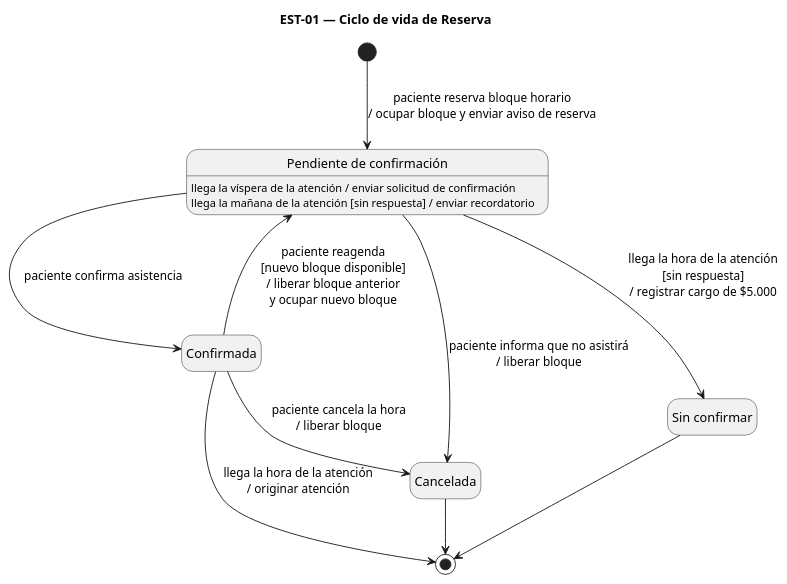
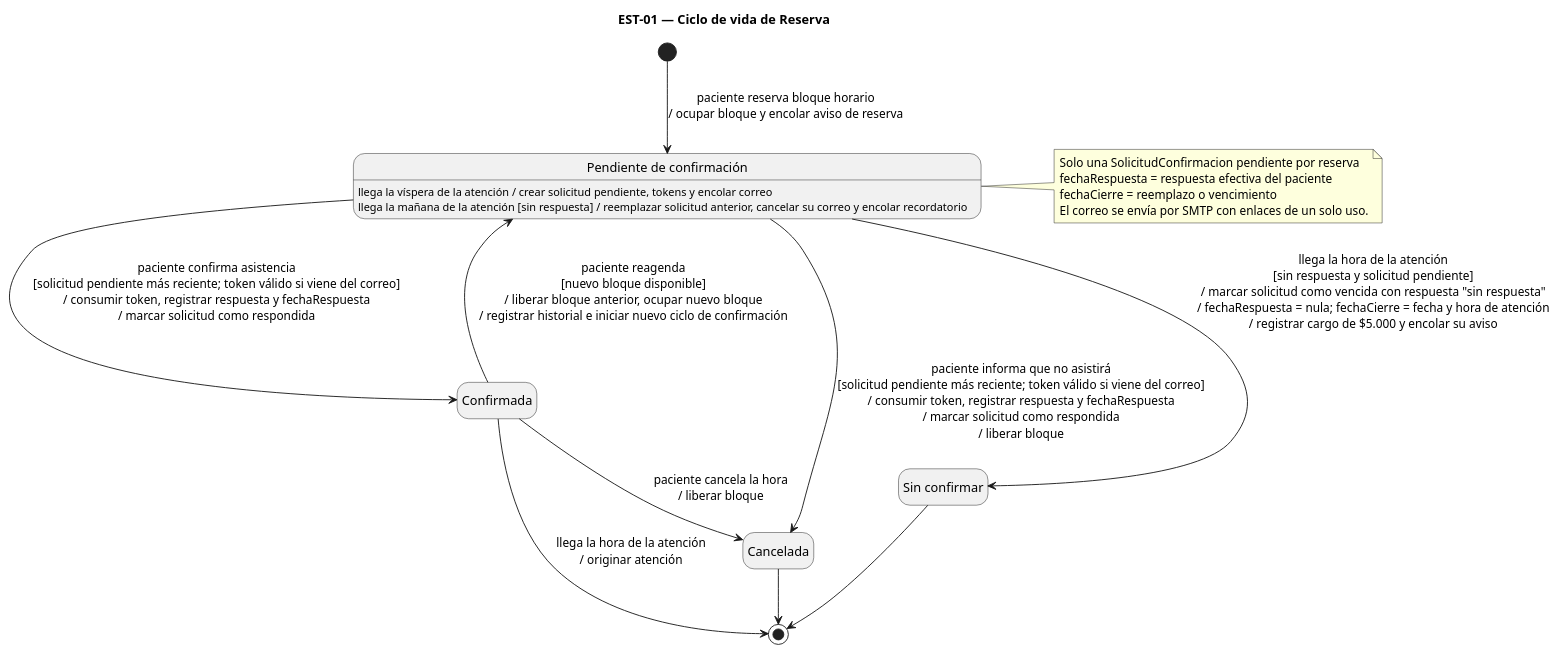
The diagram in diagramas/est-01.puml (gestion-consulta-psicologica/ingenieria-requisitos), drawn with PlantUML before and after one commit. The commit also changed 119 other files, not shown here.

```diff
--- a/diagramas/est-01.puml
+++ b/diagramas/est-01.puml
@@ -1,26 +1,28 @@
 @startuml est-01
 ' EST-01 — Ciclo de vida de Reserva
 skinparam shadowing false
 skinparam nodesep 80
 skinparam ranksep 60
 hide empty description
 title EST-01 — Ciclo de vida de Reserva
 
 state "Pendiente de confirmación" as PEN
 state "Confirmada" as CON
 state "Sin confirmar" as SIN
 state "Cancelada" as CAN
 
-PEN : llega la víspera de la atención / enviar solicitud de confirmación
-PEN : llega la mañana de la atención [sin respuesta] / enviar recordatorio
+PEN : llega la víspera de la atención / crear solicitud pendiente, tokens y encolar correo
+PEN : llega la mañana de la atención [sin respuesta] / reemplazar solicitud anterior, cancelar su correo y encolar recordatorio
 
-[*] --> PEN : paciente reserva bloque horario\n/ ocupar bloque y enviar aviso de reserva
-PEN --> CON : paciente confirma asistencia
-PEN --> CAN : paciente informa que no asistirá\n/ liberar bloque
-PEN --> SIN : llega la hora de la atención\n[sin respuesta]\n/ registrar cargo de $5.000
+note right of PEN : Solo una SolicitudConfirmacion pendiente por reserva\nfechaRespuesta = respuesta efectiva del paciente\nfechaCierre = reemplazo o vencimiento\nEl correo se envía por SMTP con enlaces de un solo uso.
+
+[*] --> PEN : paciente reserva bloque horario\n/ ocupar bloque y encolar aviso de reserva
+PEN --> CON : paciente confirma asistencia\n[solicitud pendiente más reciente; token válido si viene del correo]\n/ consumir token, registrar respuesta y fechaRespuesta\n/ marcar solicitud como respondida
+PEN --> CAN : paciente informa que no asistirá\n[solicitud pendiente más reciente; token válido si viene del correo]\n/ consumir token, registrar respuesta y fechaRespuesta\n/ marcar solicitud como respondida\n/ liberar bloque
+PEN --> SIN : llega la hora de la atención\n[sin respuesta y solicitud pendiente]\n/ marcar solicitud como vencida con respuesta "sin respuesta"\n/ fechaRespuesta = nula; fechaCierre = fecha y hora de atención\n/ registrar cargo de $5.000 y encolar su aviso
 CON --> CAN : paciente cancela la hora\n/ liberar bloque
-CON -up-> PEN : paciente reagenda\n[nuevo bloque disponible]\n/ liberar bloque anterior\ny ocupar nuevo bloque
+CON -up-> PEN : paciente reagenda\n[nuevo bloque disponible]\n/ liberar bloque anterior, ocupar nuevo bloque\n/ registrar historial e iniciar nuevo ciclo de confirmación
 CON --> [*] : llega la hora de la atención\n/ originar atención
 CAN --> [*]
 SIN --> [*]
 @enduml
```
